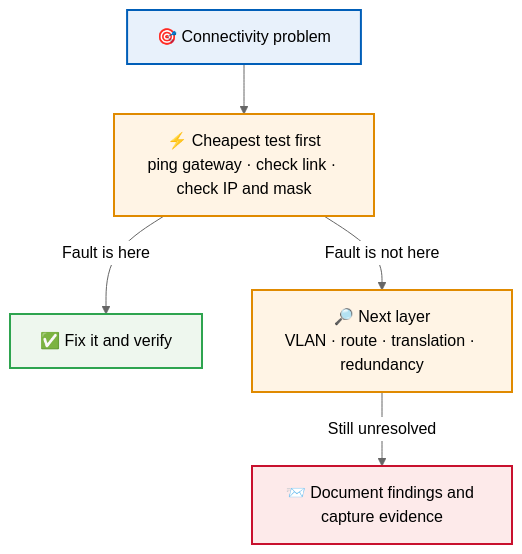
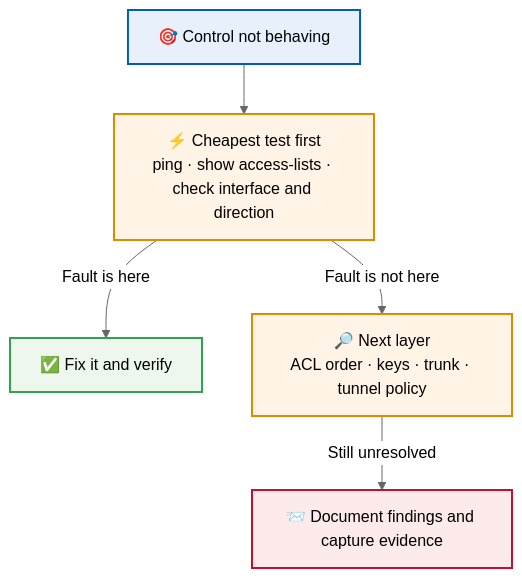
Before and after one commit to malaika-azhar/Cisco-Networking-Lab-Portfolio: the fifth of 6 diagrams in 01-Networking/README.md, drawn with Mermaid (neutral theme). The commit also changed other lines of this file, not shown here.

````diff
--- a/01-Networking/README.md
+++ b/01-Networking/README.md
@@ -309,12 +300,12 @@
 ```mermaid
 flowchart TD
-    A["🎯 Connectivity problem"]:::start --> B["⚡ Cheapest test first<br/>ping gateway · check link · check IP and mask"]:::work
+    A["🎯 Control not behaving"]:::start --> B["⚡ Cheapest test first<br/>ping · show access-lists · check interface and direction"]:::work
     B -->|Fault is here| C["✅ Fix it and verify"]:::good
-    B -->|Fault is not here| D["🔎 Next layer<br/>VLAN · route · translation · redundancy"]:::work
+    B -->|Fault is not here| D["🔎 Next layer<br/>ACL order · keys · trunk · tunnel policy"]:::work
     D -->|Still unresolved| E["📨 Document findings and capture evidence"]:::bad
 
     classDef start fill:#e8f1fb,stroke:#005EB8,stroke-width:2px,color:#000
     classDef work fill:#fff4e5,stroke:#e08a00,stroke-width:2px,color:#000
     classDef good fill:#eef7ee,stroke:#2ea44f,stroke-width:2px,color:#000
     classDef bad fill:#fdeaea,stroke:#C8102E,stroke-width:2px,color:#000
 ```
````
